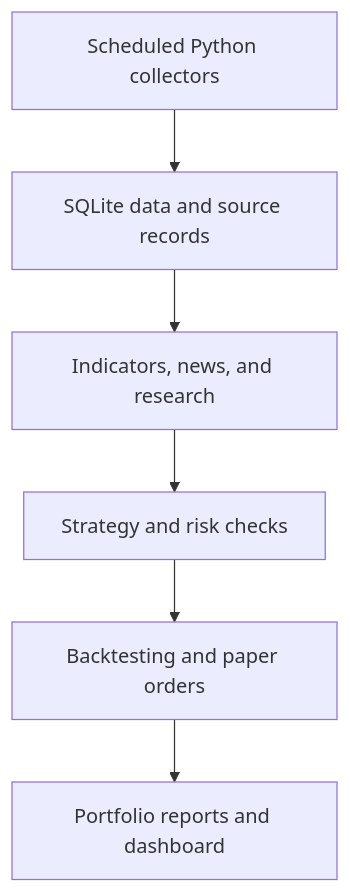
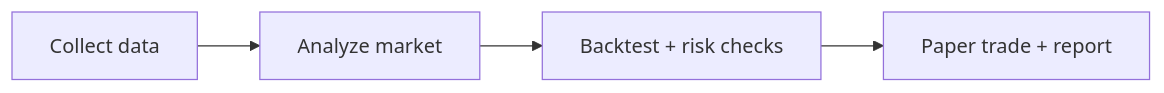
Before and after one commit to Thavarshan/wallstreet: the diagram in README.md, drawn with Mermaid.

Commit message:
docs: make Mermaid pipeline compact and readable

````diff
--- a/README.md
+++ b/README.md
@@ -25,8 +25,6 @@
 ```mermaid
-flowchart TD
-    A["Scheduled Python collectors"] --> B["SQLite data and source records"]
-    B --> C["Indicators, news, and research"]
-    C --> D["Strategy and risk checks"]
-    D --> E["Backtesting and paper orders"]
-    E --> F["Portfolio reports and dashboard"]
+flowchart LR
+    A["Collect data"] --> B["Analyze market"]
+    B --> C["Backtest + risk checks"]
+    C --> D["Paper trade + report"]
 ```
````
